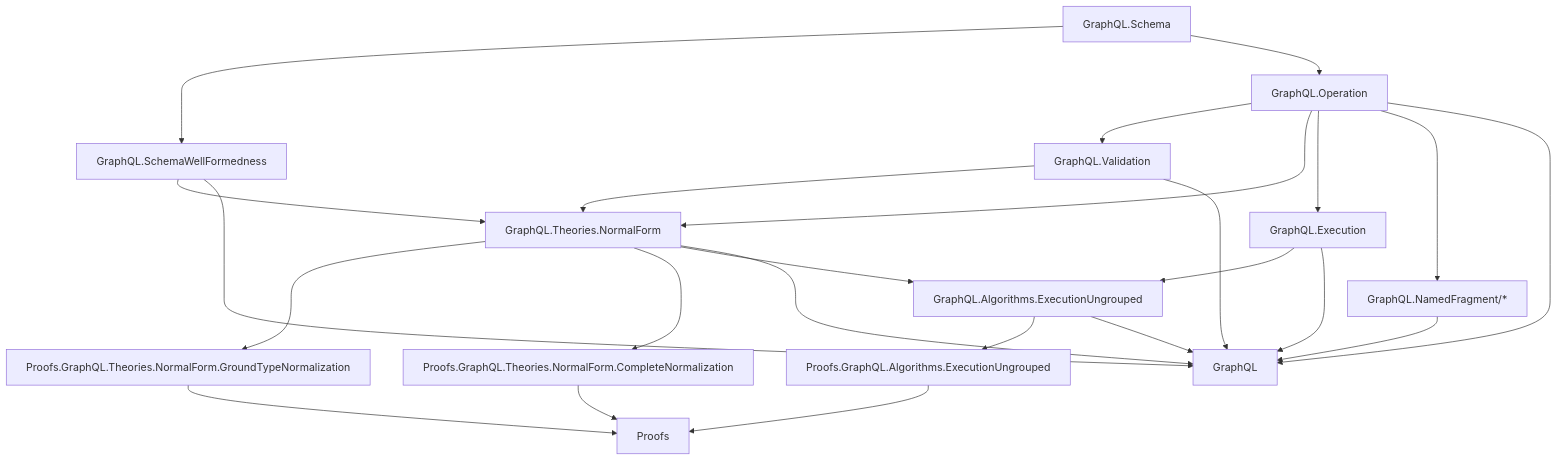
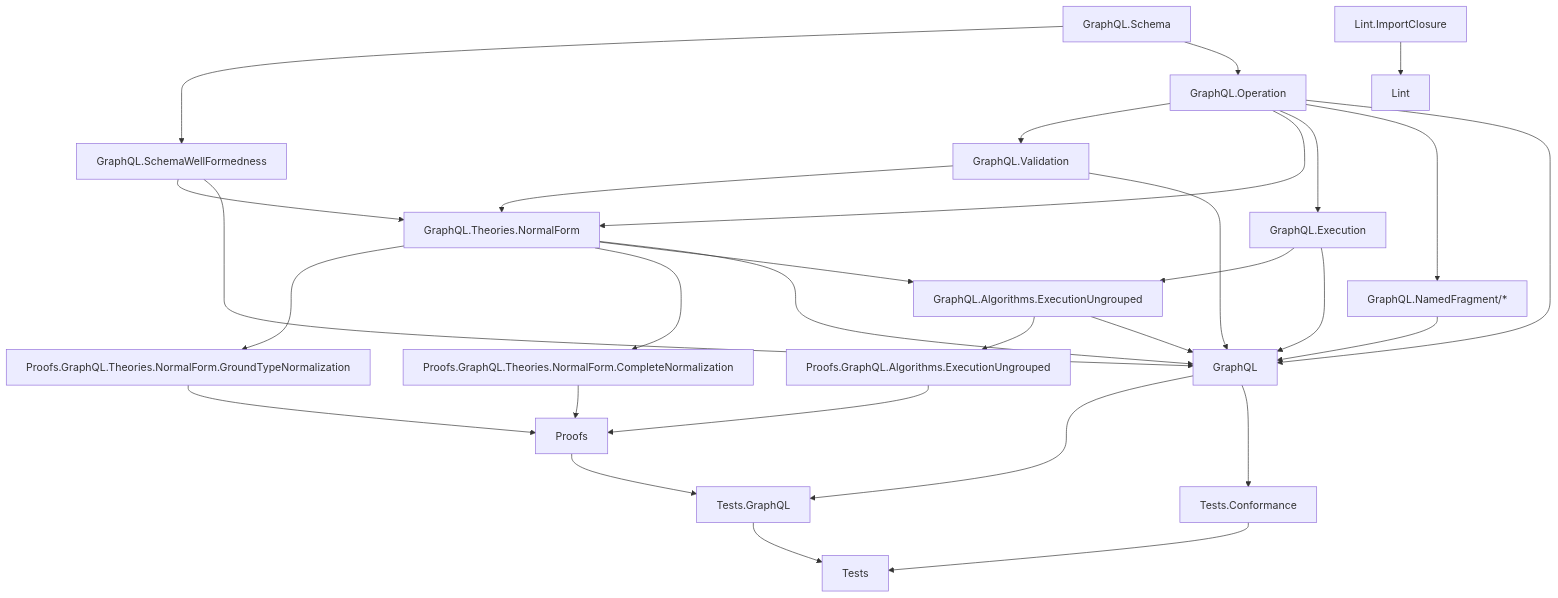
The diagram in docs/overview.md (duckki/graphql-lean), drawn with Mermaid before and after one commit. The commit also changed other lines of this file and 4 other files, not shown here.

````diff
--- a/docs/overview.md
+++ b/docs/overview.md
@@ -11,41 +28,52 @@
 ```mermaid
 flowchart TD
   Schema["GraphQL.Schema"]
   SchemaWF["GraphQL.SchemaWellFormedness"]
   Operation["GraphQL.Operation"]
   Validation["GraphQL.Validation"]
   NormalForm["GraphQL.Theories.NormalForm"]
   NormalFormGround["Proofs.GraphQL.Theories.NormalForm.GroundTypeNormalization"]
   CompleteNormalization["Proofs.GraphQL.Theories.NormalForm.CompleteNormalization"]
   Execution["GraphQL.Execution"]
   NamedFragment["GraphQL.NamedFragment/*"]
   Algorithms["GraphQL.Algorithms.ExecutionUngrouped"]
   ProofAlgorithms["Proofs.GraphQL.Algorithms.ExecutionUngrouped"]
   GraphQLRoot["GraphQL"]
   ProofRoot["Proofs"]
+  TestsGraphQL["Tests.GraphQL"]
+  TestsConformance["Tests.Conformance"]
+  TestsRoot["Tests"]
+  ImportClosure["Lint.ImportClosure"]
+  LintRoot["Lint"]
 
   Schema --> SchemaWF
   Schema --> Operation
   Operation --> Validation
   Operation --> NormalForm
   Operation --> Execution
   Operation --> NamedFragment
   SchemaWF --> NormalForm
   Validation --> NormalForm
   NormalForm --> NormalFormGround
   NormalForm --> CompleteNormalization
   Execution --> Algorithms
   NamedFragment --> GraphQLRoot
   NormalForm --> Algorithms
   NormalFormGround --> ProofRoot
   CompleteNormalization --> ProofRoot
   Algorithms --> ProofAlgorithms
   ProofAlgorithms --> ProofRoot
 
   SchemaWF --> GraphQLRoot
   Operation --> GraphQLRoot
   Validation --> GraphQLRoot
   Algorithms --> GraphQLRoot
   NormalForm --> GraphQLRoot
   Execution --> GraphQLRoot
+  GraphQLRoot --> TestsGraphQL
+  ProofRoot --> TestsGraphQL
+  GraphQLRoot --> TestsConformance
+  TestsGraphQL --> TestsRoot
+  TestsConformance --> TestsRoot
+  ImportClosure --> LintRoot
 ```
````
